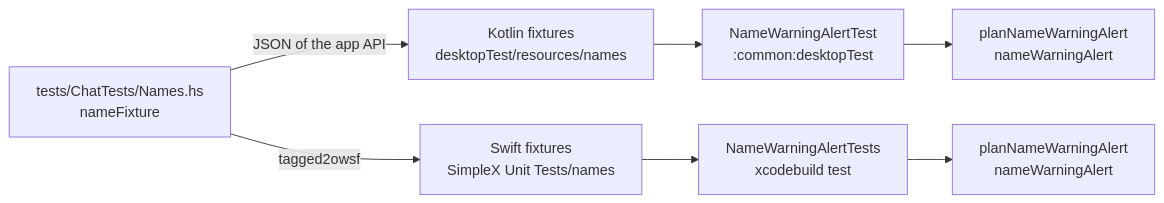
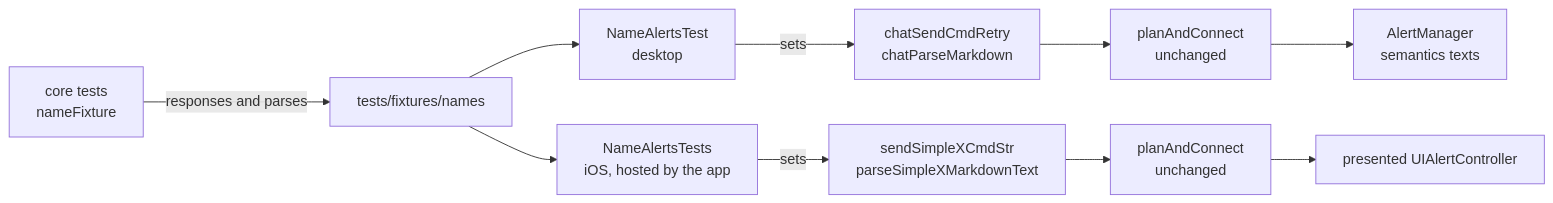
Before and after one commit to simplex-chat/simplex-chat: the diagram in plans/2026-11-16-name-alert-fixtures.md, drawn with Mermaid. The commit also changed other lines of this file, not shown here.

Commit message:
docs: plan of app views tested on core responses

````diff
--- a/plans/2026-11-16-name-alert-fixtures.md
+++ b/plans/2026-11-16-name-alert-fixtures.md
@@ -17,9 +17,12 @@
 ```mermaid
 flowchart LR
-  N["tests/ChatTests/Names.hs<br>nameFixture"] -->|"JSON of the app API"| K["Kotlin fixtures<br>desktopTest/resources/names"]
-  N -->|"tagged2owsf"| S["Swift fixtures<br>SimpleX Unit Tests/names"]
-  K --> KT["NameWarningAlertTest<br>:common:desktopTest"]
-  S --> ST["NameWarningAlertTests<br>xcodebuild test"]
-  KT --> KA["planNameWarningAlert<br>nameWarningAlert"]
-  ST --> SA["planNameWarningAlert<br>nameWarningAlert"]
+  CT["core tests<br>nameFixture"] -->|"responses and parses"| F["tests/fixtures/names"]
+  F --> KT["NameAlertsTest<br>desktop"]
+  F --> IT["NameAlertsTests<br>iOS, hosted by the app"]
+  KT -->|"sets"| KH["chatSendCmdRetry<br>chatParseMarkdown"]
+  IT -->|"sets"| IH["sendSimpleXCmdStr<br>parseSimpleXMarkdownText"]
+  KH --> KF["planAndConnect<br>unchanged"]
+  IH --> IF["planAndConnect<br>unchanged"]
+  KF --> KA["AlertManager<br>semantics texts"]
+  IF --> IA["presented UIAlertController"]
 ```
````
